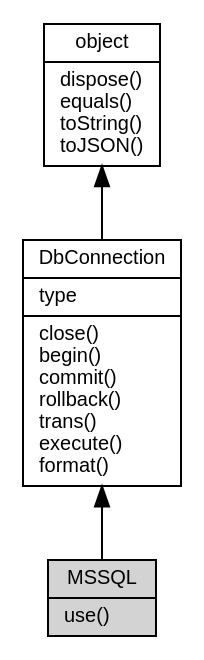
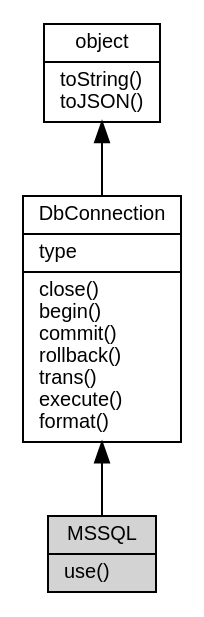
One commit to asionius/fibjs-ceph changed the diagram in docs/object/ifs/MSSQL.md. Above: the diagram before and after it, drawn with Graphviz. The commit also changed other lines of this file and 138 other files, not shown here.

````diff
--- a/docs/object/ifs/MSSQL.md
+++ b/docs/object/ifs/MSSQL.md
@@ -11,12 +11,12 @@
 ```dot
 digraph {
     node [fontname="Helvetica,sans-Serif", fontsize=10, shape="record", style="filled", fillcolor="white"];
 
-    object [tooltip="object", URL="object.md", label="{object|dispose()\lequals()\ltoString()\ltoJSON()\l}"];
+    object [tooltip="object", URL="object.md", label="{object|toString()\ltoJSON()\l}"];
     DbConnection [tooltip="DbConnection", URL="DbConnection.md", label="{DbConnection|type\l|close()\lbegin()\lcommit()\lrollback()\ltrans()\lexecute()\lformat()\l}"];
-    MSSQL [tooltip="MSSQL", fillcolor="lightgray", label="{MSSQL|use()\l}"];
+    MSSQL [tooltip="MSSQL", fillcolor="lightgray", id="me", label="{MSSQL|use()\l}"];
 
     object -> DbConnection [dir=back];
     DbConnection -> MSSQL [dir=back];
 }
 ```
````
